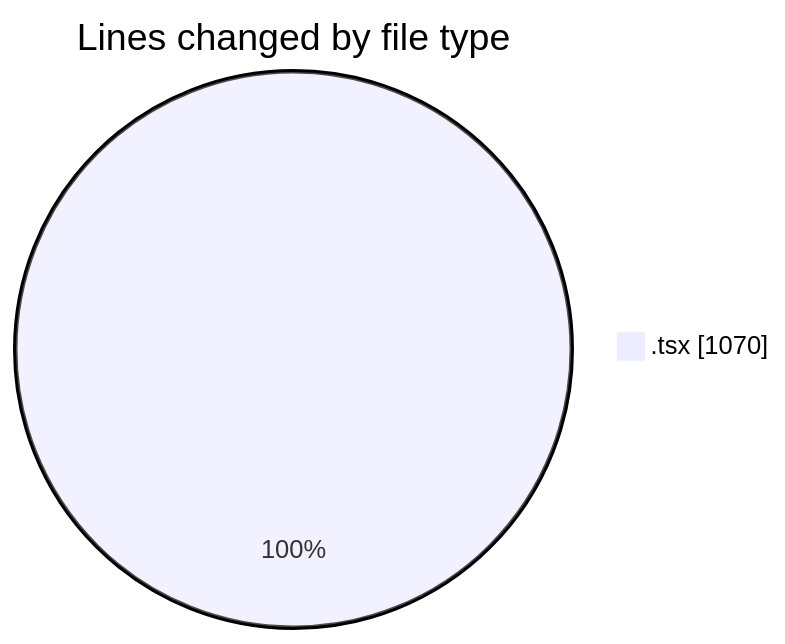
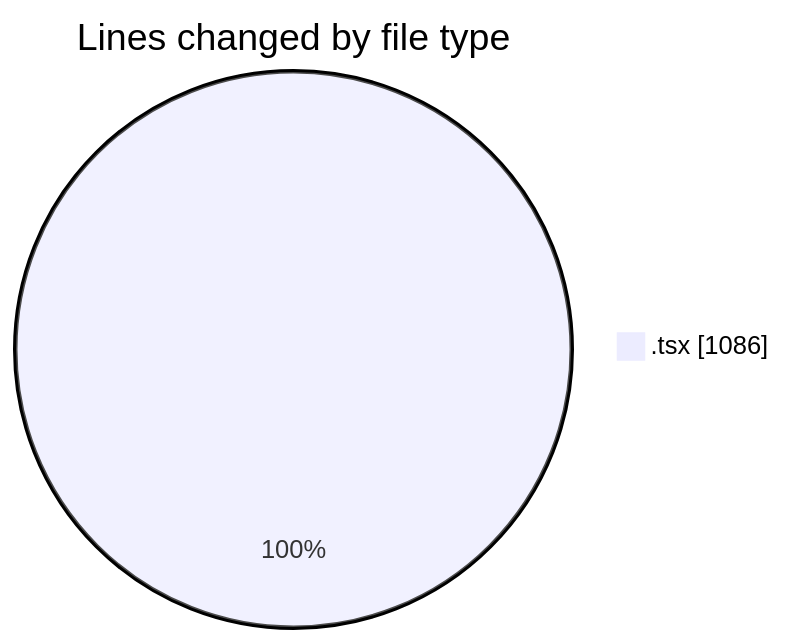
One commit to robertbonfada/code-tracking changed the first of 2 diagrams in 2025-03-11/mbc-web/README.md. Above: the diagram before and after it, drawn with Mermaid. The commit also changed other lines of this file and 1 other file, not shown here.

````diff
--- a/2025-03-11/mbc-web/README.md
+++ b/2025-03-11/mbc-web/README.md
@@ -24,5 +24,5 @@
 ```mermaid
 pie showData
 title Lines changed by file type
-".tsx" : 1070
+".tsx" : 1086
 ```
````
